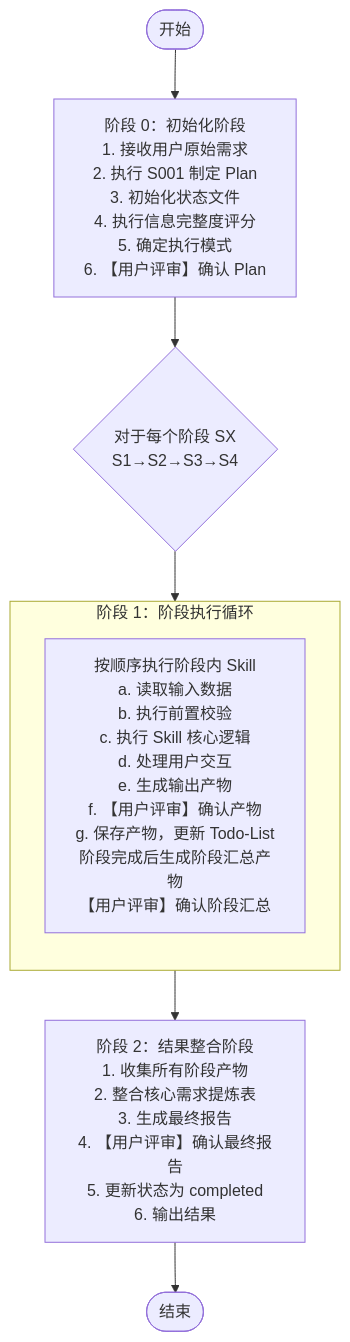
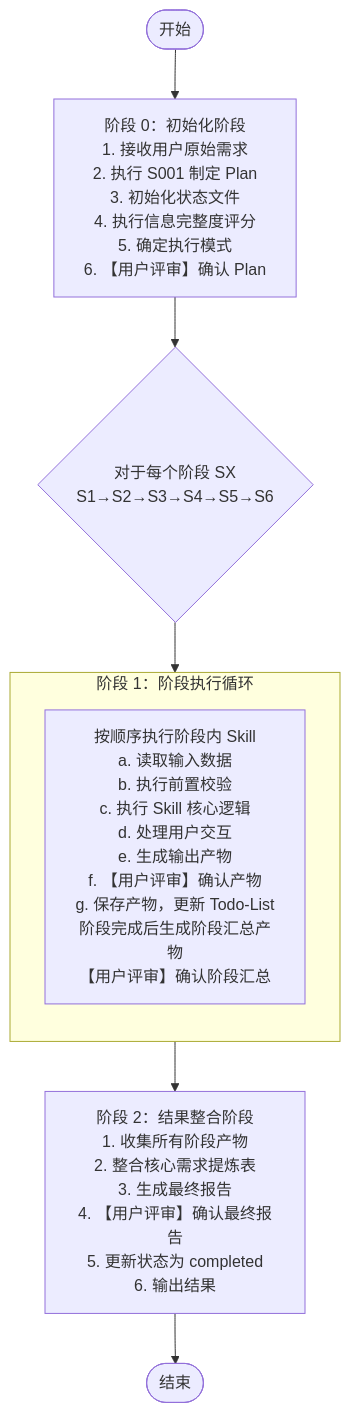
The second of 9 diagrams in WORKFLOW.md (HeartFlying/swf), drawn with Mermaid before and after one commit. The commit also changed other lines of this file and 130 other files, not shown here.

````diff
--- a/WORKFLOW.md
+++ b/WORKFLOW.md
@@ -46,16 +46,16 @@
 ```mermaid
 flowchart TD
     Start([开始]) --> Stage0[阶段 0：初始化阶段<br/>1. 接收用户原始需求<br/>2. 执行 S001 制定 Plan<br/>3. 初始化状态文件<br/>4. 执行信息完整度评分<br/>5. 确定执行模式<br/>6. 【用户评审】确认 Plan]
     
-    Stage0 --> Stage1{对于每个阶段 SX<br/>S1→S2→S3→S4}
+    Stage0 --> Stage1{对于每个阶段 SX<br/>S1→S2→S3→S4→S5→S6}
     
     subgraph Stage1Loop[阶段 1：阶段执行循环]
         direction TB
         Stage1LoopContent[按顺序执行阶段内 Skill<br/>a. 读取输入数据<br/>b. 执行前置校验<br/>c. 执行 Skill 核心逻辑<br/>d. 处理用户交互<br/>e. 生成输出产物<br/>f. 【用户评审】确认产物<br/>g. 保存产物，更新 Todo-List<br/>阶段完成后生成阶段汇总产物<br/>【用户评审】确认阶段汇总]
     end
     
     Stage1 --> Stage1Loop
     Stage1Loop --> Stage2[阶段 2：结果整合阶段<br/>1. 收集所有阶段产物<br/>2. 整合核心需求提炼表<br/>3. 生成最终报告<br/>4. 【用户评审】确认最终报告<br/>5. 更新状态为 completed<br/>6. 输出结果]
     
     Stage2 --> EndNode([结束])
 ```
````
